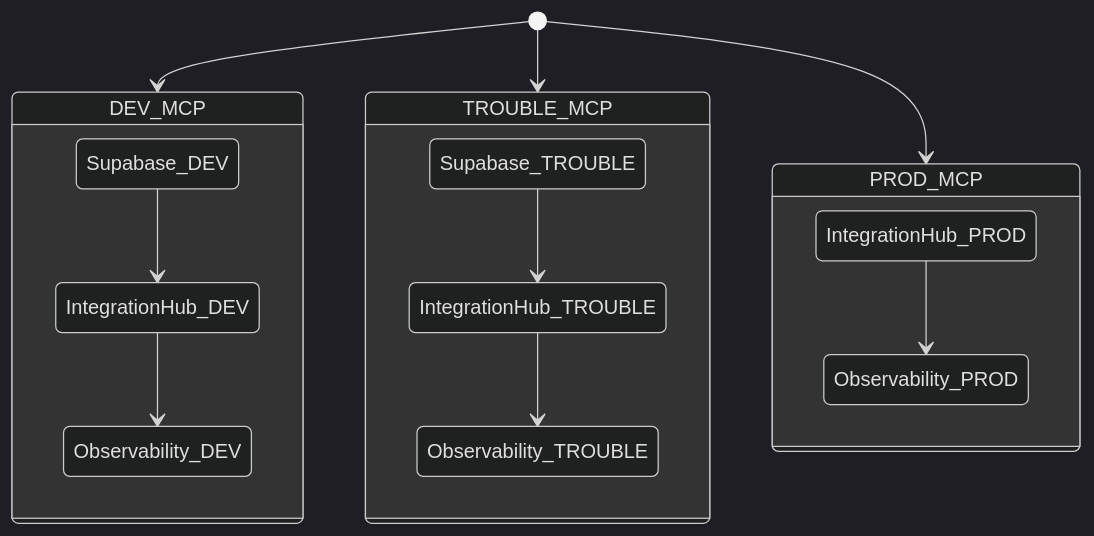
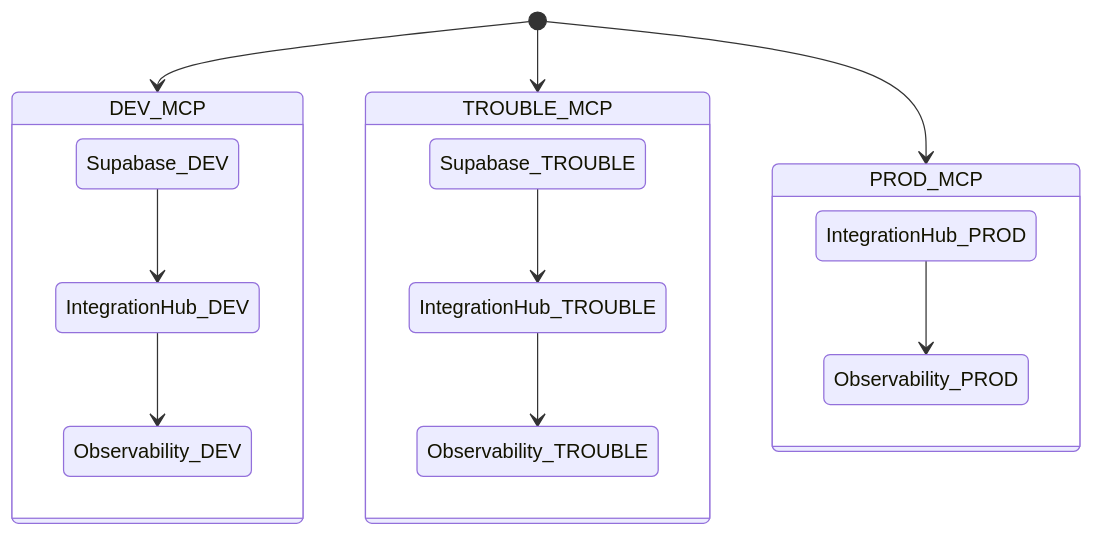
The diagram in docs/tooling/v2/environment-mcp-cluster.mmd (Alextorelli/ProspectPro), drawn with Mermaid before and after one commit. The commit also changed 13 other files, not shown here.

Commit message:
chore: Update last generated timestamp in CODEBASE_INDEX.md; refactor theme configuration in multiple Mermaid files for consistency

```diff
--- a/docs/tooling/v2/environment-mcp-cluster.mmd
+++ b/docs/tooling/v2/environment-mcp-cluster.mmd
@@ -1,23 +1,23 @@
-
+%%{init: {\'theme\': \'dark\'}}%%
 %%{init: {'theme': 'dark'}}%%
 stateDiagram-v2
     [*] --> DEV_MCP
     [*] --> TROUBLE_MCP
     [*] --> PROD_MCP
 
     state DEV_MCP {
         state Secondary_DEV    
             Supabase_DEV --> IntegrationHub_DEV
             IntegrationHub_DEV --> Observability_DEV
         }
 
     state TROUBLE_MCP {
         state Secondary_TROUBLE 
             Supabase_TROUBLE --> IntegrationHub_TROUBLE
             IntegrationHub_TROUBLE --> Observability_TROUBLE
         }
 
     state PROD_MCP {
         state Secondary_PROD 
             IntegrationHub_PROD --> Observability_PROD
         }
```
